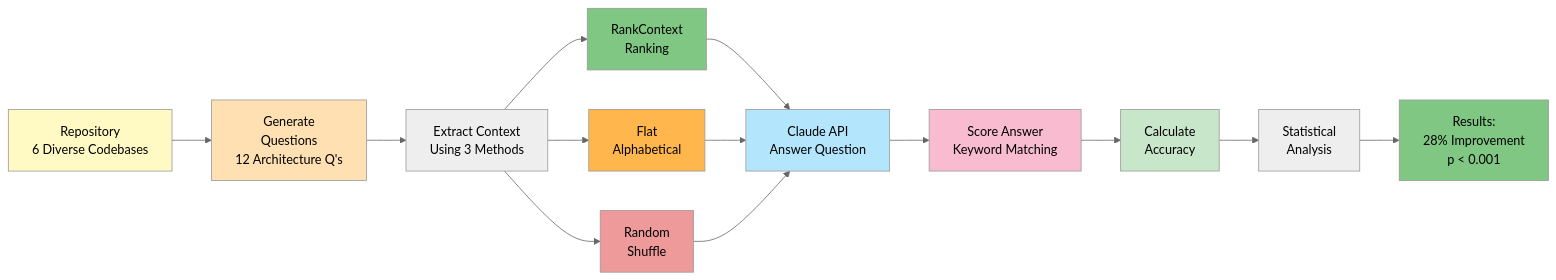
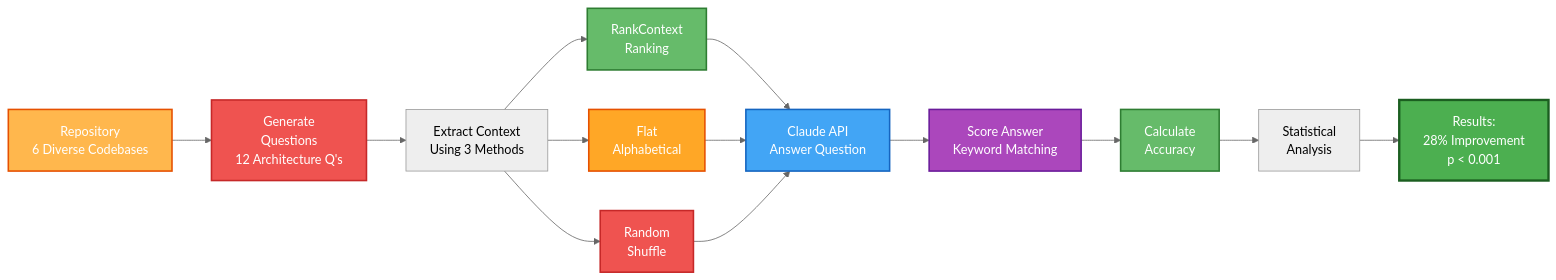
One commit to MVivekananda/rankcontext changed the fourth of 6 diagrams in README.md. Above: the diagram before and after it, drawn with Mermaid (neutral theme). The commit also changed other lines of this file, not shown here.

First line of the commit message:
Update diagram colors for better visibility

````diff
--- a/README.md
+++ b/README.md
@@ -336,28 +336,28 @@
 ```mermaid
 graph LR
     A["Repository<br/>6 Diverse Codebases"] --> B["Generate<br/>Questions<br/>12 Architecture Q's"]
     B --> C["Extract Context<br/>Using 3 Methods"]
     C --> D["RankContext<br/>Ranking"]
     C --> E["Flat<br/>Alphabetical"]
     C --> F["Random<br/>Shuffle"]
     
     D --> G["Claude API<br/>Answer Question"]
     E --> G
     F --> G
     
     G --> H["Score Answer<br/>Keyword Matching"]
     H --> I["Calculate<br/>Accuracy"]
     
     I --> J["Statistical<br/>Analysis"]
     J --> K["Results:<br/>28% Improvement<br/>p &lt; 0.001"]
     
-    style A fill:#fff9c4
-    style B fill:#ffe0b2
-    style D fill:#81c784
-    style E fill:#ffb74d
-    style F fill:#ef9a9a
-    style G fill:#b3e5fc
-    style H fill:#f8bbd0
-    style I fill:#c8e6c9
-    style K fill:#81c784
+    style A fill:#FFB74D,stroke:#E65100,stroke-width:2px,color:#fff
+    style B fill:#EF5350,stroke:#C62828,stroke-width:2px,color:#fff
+    style D fill:#66BB6A,stroke:#2E7D32,stroke-width:2px,color:#fff
+    style E fill:#FFA726,stroke:#E65100,stroke-width:2px,color:#fff
+    style F fill:#EF5350,stroke:#C62828,stroke-width:2px,color:#fff
+    style G fill:#42A5F5,stroke:#1565C0,stroke-width:2px,color:#fff
+    style H fill:#AB47BC,stroke:#6A1B9A,stroke-width:2px,color:#fff
+    style I fill:#66BB6A,stroke:#2E7D32,stroke-width:2px,color:#fff
+    style K fill:#4CAF50,stroke:#1B5E20,stroke-width:3px,color:#fff
 ```
````
